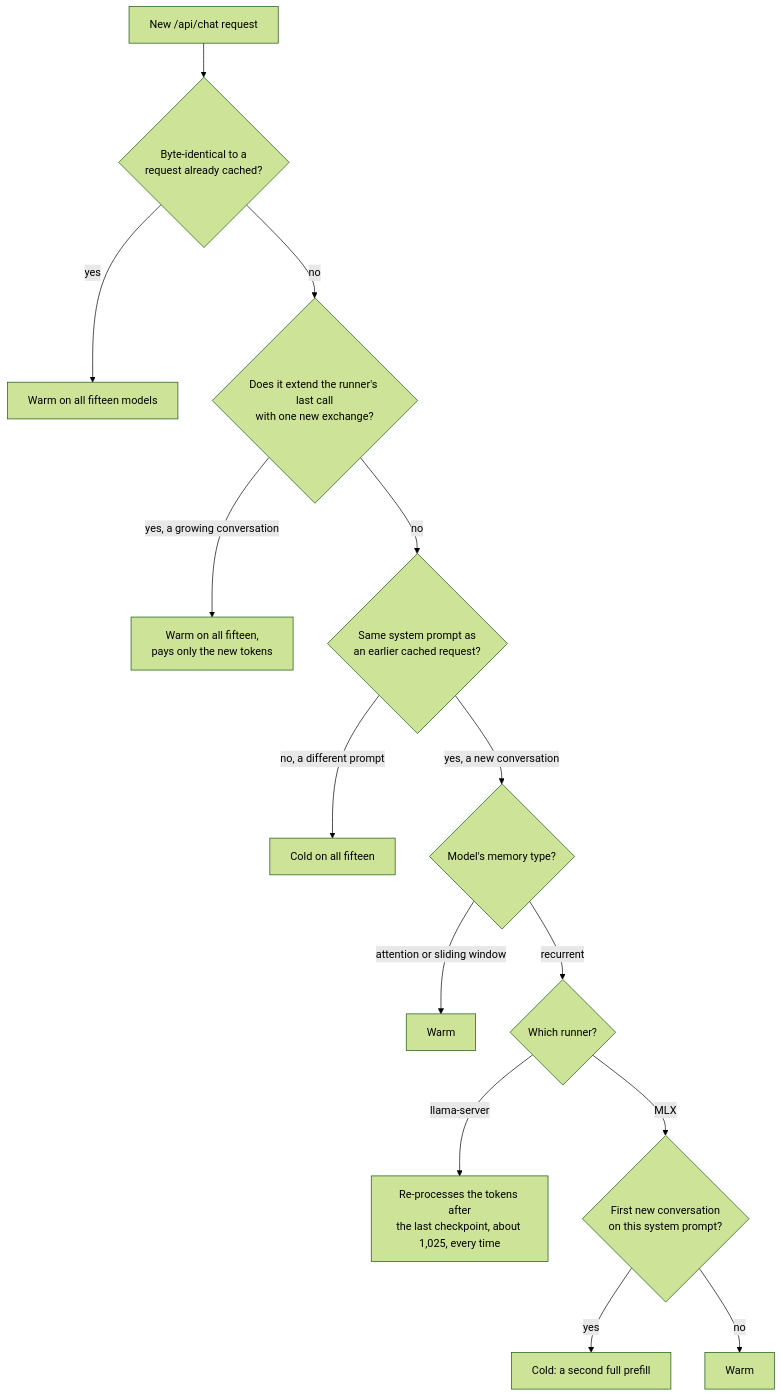
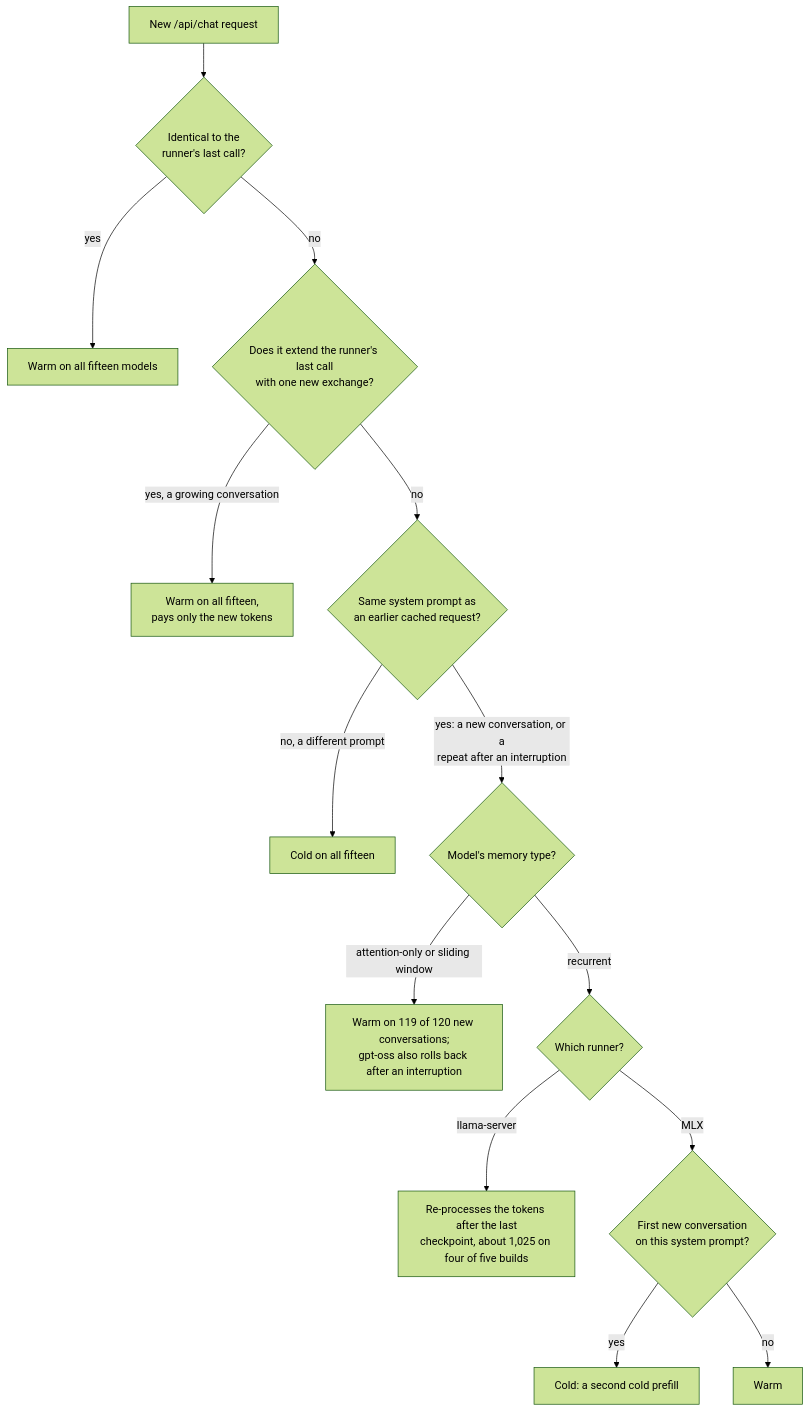
The third of 3 diagrams in adaptive_chat_server_dart/blog/article-8-prompt-cache-draft.md (freemansoft/Flutter-AdaptiveCards), drawn with Mermaid (forest theme) before and after one commit. The commit also changed other lines of this file and 2 other files, not shown here.

````diff
--- a/adaptive_chat_server_dart/blog/article-8-prompt-cache-draft.md
+++ b/adaptive_chat_server_dart/blog/article-8-prompt-cache-draft.md
@@ -222,16 +327,16 @@
 ```mermaid
 flowchart TD
-  A[New /api/chat request] --> B{Byte-identical to a<br/>request already cached?}
+  A[New /api/chat request] --> B{Identical to the<br/>runner's last call?}
   B -- yes --> C[Warm on all fifteen models]
   B -- no --> D{Does it extend the runner's last call<br/>with one new exchange?}
   D -- yes, a growing conversation --> E[Warm on all fifteen,<br/>pays only the new tokens]
   D -- no --> F{Same system prompt as<br/>an earlier cached request?}
   F -- no, a different prompt --> G[Cold on all fifteen]
-  F -- yes, a new conversation --> H{Model's memory type?}
-  H -- attention or sliding window --> I[Warm]
+  F -- yes: a new conversation, or a<br/>repeat after an interruption --> H{Model's memory type?}
+  H -- attention-only or sliding window --> I[Warm on 119 of 120 new conversations;<br/>gpt-oss also rolls back after an interruption]
   H -- recurrent --> R{Which runner?}
-  R -- llama-server --> S[Re-processes the tokens after<br/>the last checkpoint, about 1,025, every time]
+  R -- llama-server --> S[Re-processes the tokens after the last<br/>checkpoint, about 1,025 on four of five builds]
   R -- MLX --> K{First new conversation<br/>on this system prompt?}
-  K -- yes --> J[Cold: a second full prefill]
+  K -- yes --> J[Cold: a second cold prefill]
   K -- no --> L[Warm]
 ```
````
